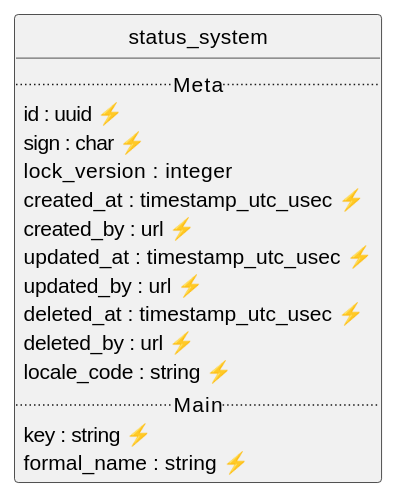
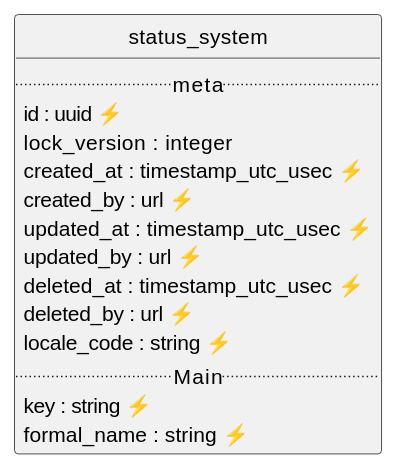
One commit to contactopensource/contactopensource changed the diagram in api/status_system/uml/uml.plantuml. Above: the diagram before and after it, drawn with PlantUML. The commit also changed 750 other files, not shown here.

```diff
--- a/api/status_system/uml/uml.plantuml
+++ b/api/status_system/uml/uml.plantuml
@@ -1,23 +1,22 @@
 @startuml uml
 skinparam monochrome true
 skinparam linetype ortho
 hide circle
 
 entity status_system {
-  .. Meta ..
+  .. meta ..
   id : uuid ⚡
-  sign : char ⚡
   lock_version : integer
   created_at : timestamp_utc_usec ⚡
   created_by : url ⚡
   updated_at : timestamp_utc_usec ⚡
   updated_by : url ⚡
   deleted_at : timestamp_utc_usec ⚡
   deleted_by : url ⚡
   locale_code : string ⚡
   .. Main ..
   key : string ⚡
   formal_name : string ⚡
 }
 
 @enduml
```
